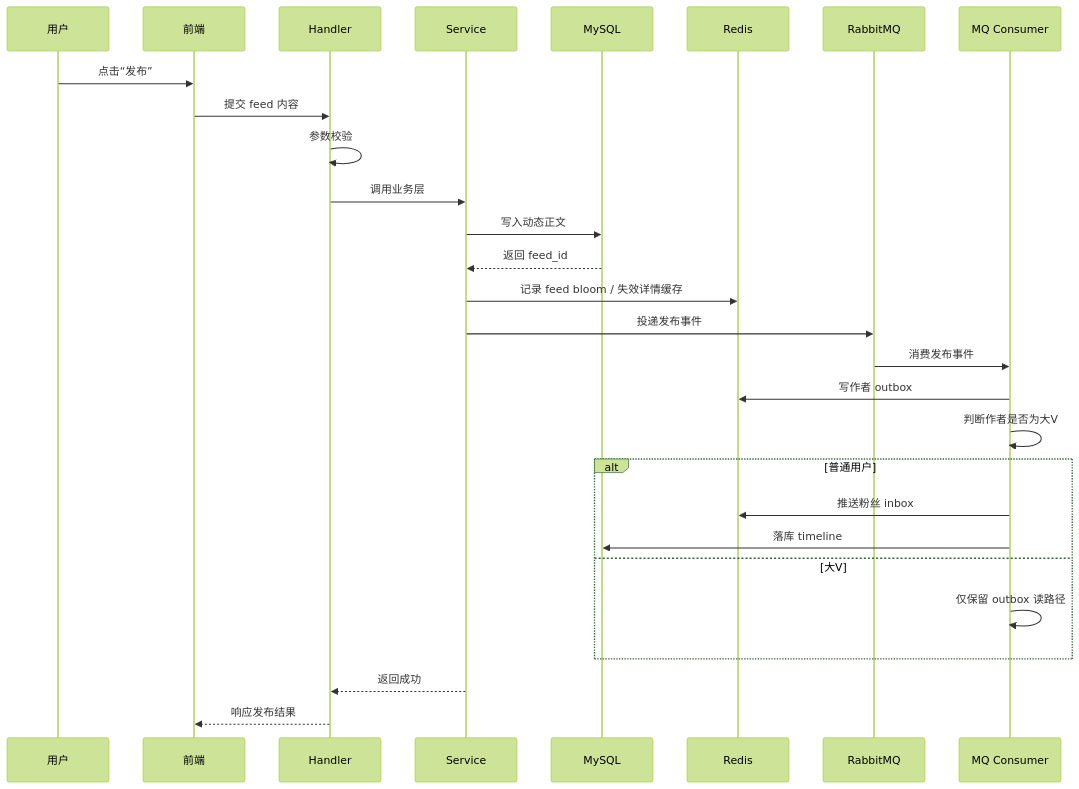
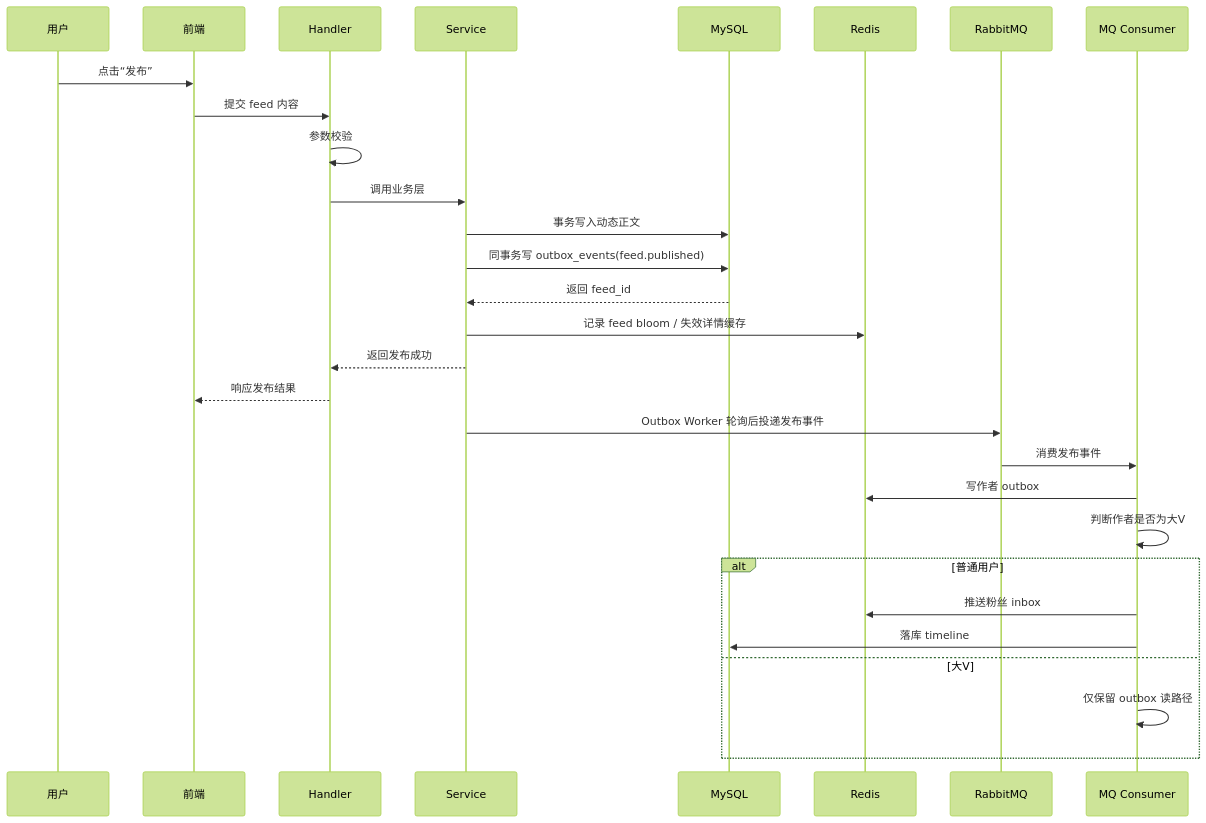
Before and after one commit to hzEnv71/feedlink: the third of 9 diagrams in learn.md, drawn with Mermaid (forest theme). The commit also changed other lines of this file and 36 other files, not shown here.

````diff
--- a/learn.md
+++ b/learn.md
@@ -190,31 +194,32 @@
 ```mermaid
 sequenceDiagram
     participant U as 用户
     participant F as 前端
     participant H as Handler
     participant S as Service
     participant D as MySQL
     participant C as Redis
     participant Q as RabbitMQ
     participant W as MQ Consumer
 
     U->>F: 点击“发布”
     F->>H: 提交 feed 内容
     H->>H: 参数校验
     H->>S: 调用业务层
-    S->>D: 写入动态正文
+    S->>D: 事务写入动态正文
+    S->>D: 同事务写 outbox_events(feed.published)
     D-->>S: 返回 feed_id
     S->>C: 记录 feed bloom / 失效详情缓存
-    S->>Q: 投递发布事件
+    S-->>H: 返回发布成功
+    H-->>F: 响应发布结果
+    S->>Q: Outbox Worker 轮询后投递发布事件
     Q->>W: 消费发布事件
     W->>C: 写作者 outbox
     W->>W: 判断作者是否为大V
     alt 普通用户
         W->>C: 推送粉丝 inbox
         W->>D: 落库 timeline
     else 大V
         W->>W: 仅保留 outbox 读路径
     end
-    S-->>H: 返回成功
-    H-->>F: 响应发布结果
 ```
````
